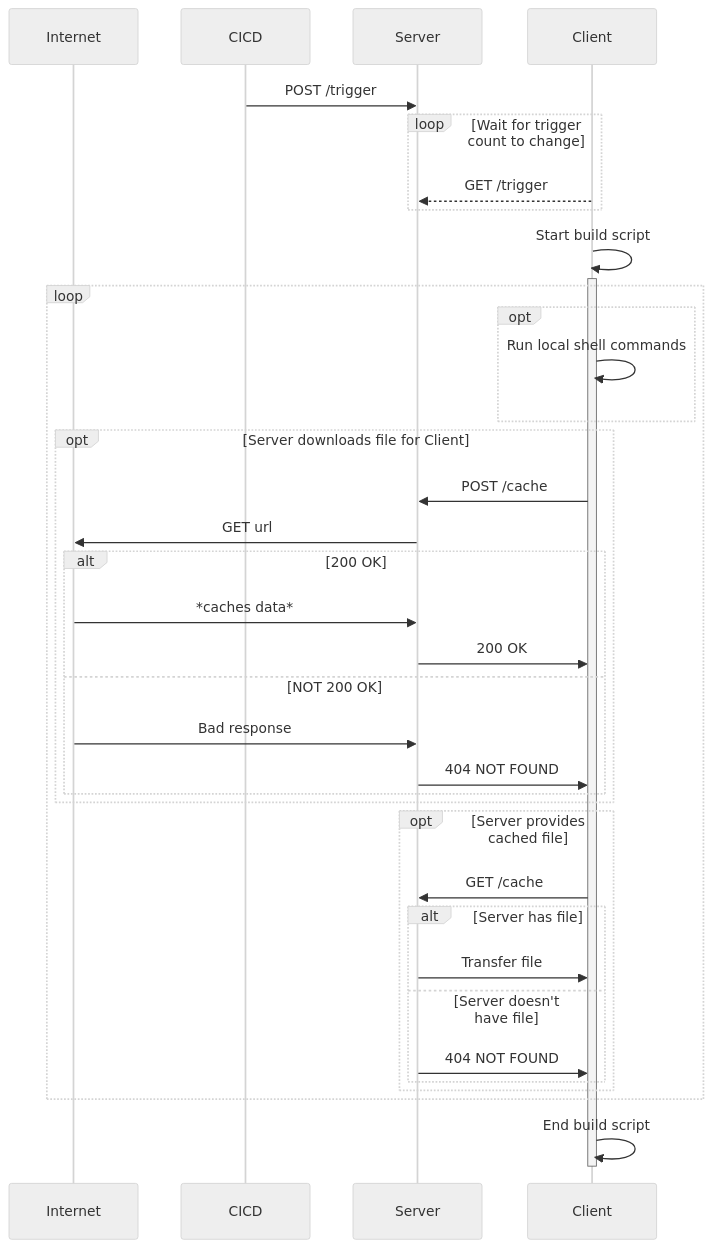
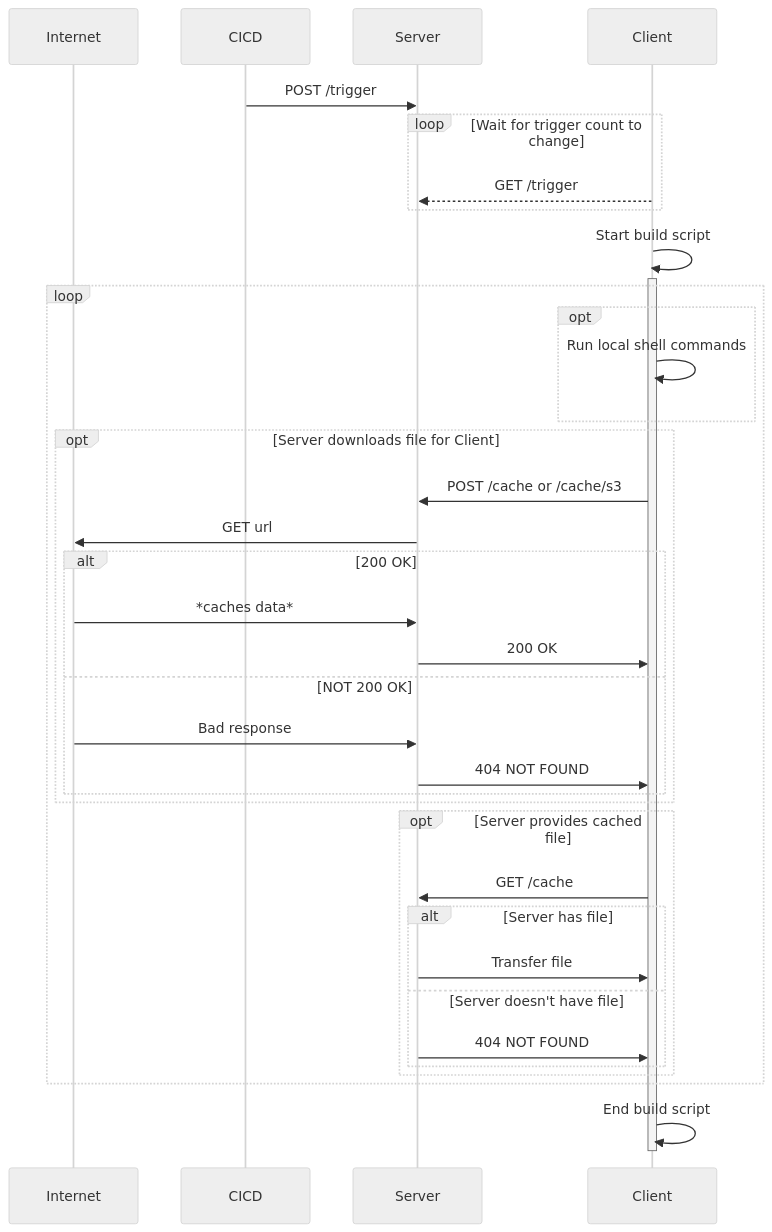
One commit to BradleyChatha/prostagma changed the diagram in docs/mermaid.md. Above: the diagram before and after it, drawn with Mermaid (neutral theme). The commit also changed 3 other files, not shown here.

````diff
--- a/docs/mermaid.md
+++ b/docs/mermaid.md
@@ -1,44 +1,44 @@
 ```mermaid
 sequenceDiagram
     participant Internet
     participant CICD
     participant Server
     participant Client
 
     CICD ->> Server: POST /trigger
 
     loop Wait for trigger count to change
         Client -->> Server: GET /trigger 
     end
 
     Client ->>+ Client: Start build script
 
     loop
         opt 
             Client ->> Client: Run local shell commands 
         end
 
         opt Server downloads file for Client
-            Client ->> Server: POST /cache
+            Client ->> Server: POST /cache or /cache/s3
             Server ->> Internet: GET url
             alt 200 OK
                 Internet ->> Server: *caches data*
                 Server ->> Client: 200 OK
             else NOT 200 OK
                 Internet ->> Server: Bad response
                 Server ->> Client: 404 NOT FOUND
             end
         end
 
         opt Server provides cached file
             Client ->> Server: GET /cache
             alt Server has file
                 Server ->> Client: Transfer file
             else Server doesn't have file
                 Server ->> Client: 404 NOT FOUND
             end
         end
     end
 
     Client ->>- Client: End build script
 ```
````
